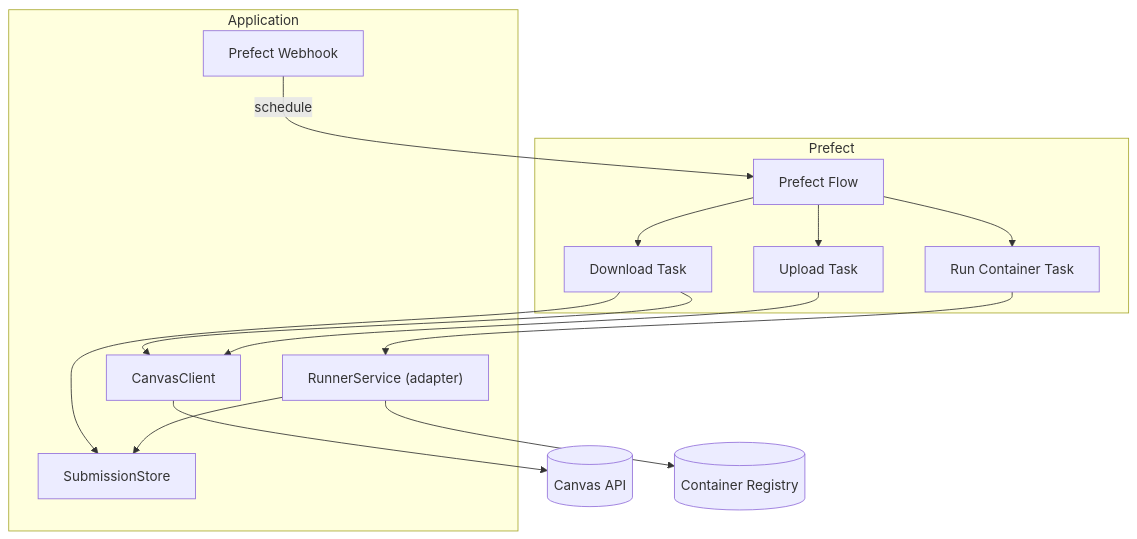
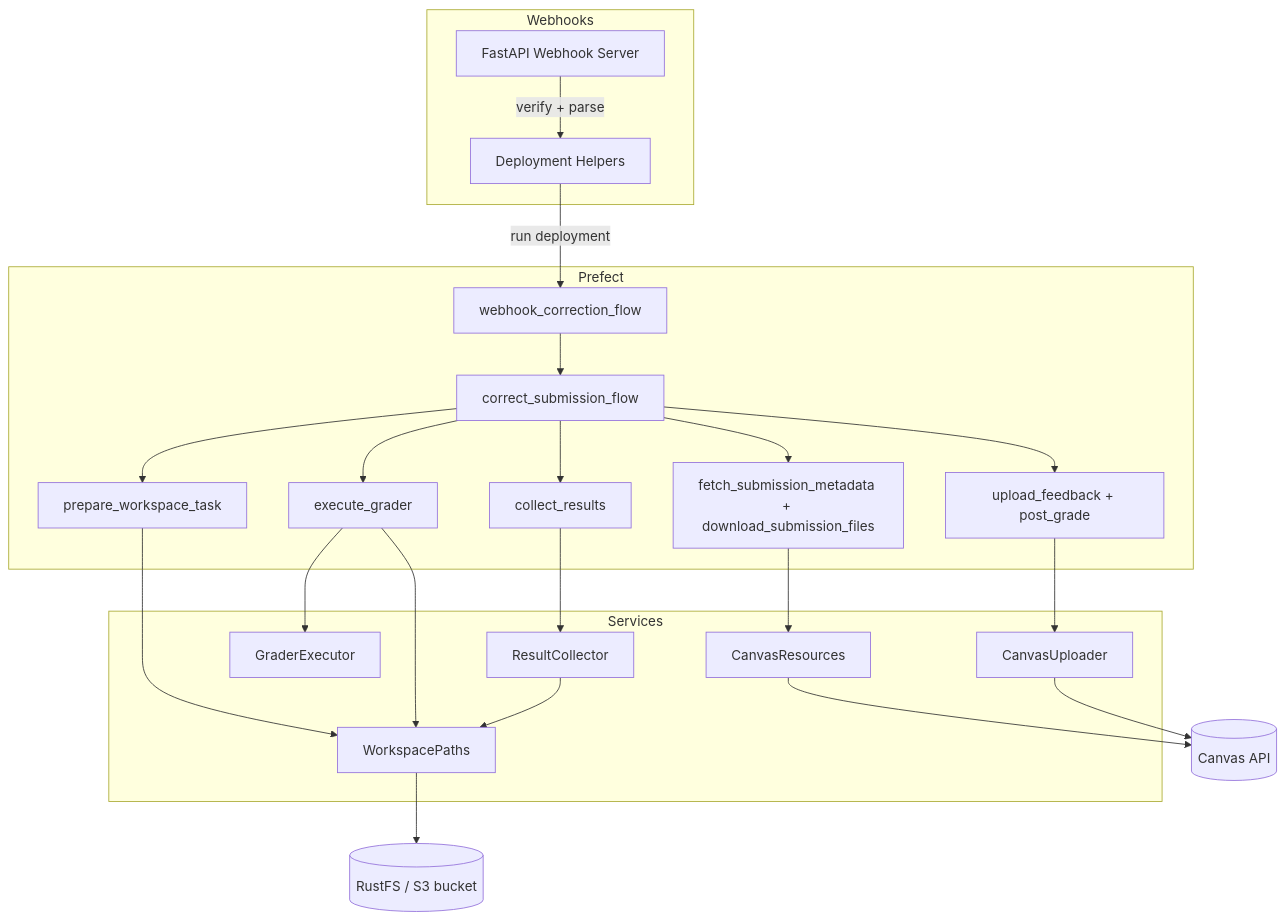
One commit to jakob1379/Canvas-Code-Correction changed the second of 2 diagrams in docs/reference/01-architecture.md. Above: the diagram before and after it, drawn with Mermaid. The commit also changed other lines of this file and 1 other file, not shown here.

Commit message:
docs: correct architecture reference and tame course setup note

````diff
--- a/docs/reference/01-architecture.md
+++ b/docs/reference/01-architecture.md
@@ -119,31 +126,48 @@
 ```mermaid
 graph TD
-  subgraph Prefect
-    F1[Prefect Flow]
-    T1[Download Task]
-    T2[Run Container Task]
-    T3[Upload Task]
-    F1 --> T1
-    F1 --> T2
-    F1 --> T3
+  Canvas[(Canvas API)]
+  Assets[(RustFS / S3 bucket)]
+
+  subgraph Webhooks
+    FastAPI[FastAPI Webhook Server]
+    Deployments[Deployment Helpers]
   end
 
-  subgraph Application
-    C1[CanvasClient]
-    R1["RunnerService (adapter)"]
-    S1[SubmissionStore]
-    W1[Prefect Webhook]
+  subgraph Prefect
+    WebhookFlow[webhook_correction_flow]
+    CorrectionFlow[correct_submission_flow]
+    FetchTask[fetch_submission_metadata + download_submission_files]
+    WorkspaceTask[prepare_workspace_task]
+    ExecuteTask[execute_grader]
+    CollectTask[collect_results]
+    UploadTask[upload_feedback + post_grade]
   end
 
-  Canvas[(Canvas API)]
-  Registry[(Container Registry)]
+  subgraph Services
+    CanvasResources[CanvasResources]
+    Workspace[WorkspacePaths]
+    Runner[GraderExecutor]
+    Collector[ResultCollector]
+    Uploader[CanvasUploader]
+  end
 
-  W1 -->|schedule| F1
-  T1 --> C1
-  T1 --> S1
-  T2 --> R1
-  R1 --> Registry
-  R1 --> S1
-  T3 --> C1
-  C1 --> Canvas
+  FastAPI -->|verify + parse| Deployments
+  Deployments -->|run deployment| WebhookFlow
+  WebhookFlow --> CorrectionFlow
+  CorrectionFlow --> FetchTask
+  CorrectionFlow --> WorkspaceTask
+  CorrectionFlow --> ExecuteTask
+  CorrectionFlow --> CollectTask
+  CorrectionFlow --> UploadTask
+
+  FetchTask --> CanvasResources
+  CanvasResources --> Canvas
+  WorkspaceTask --> Workspace
+  Workspace --> Assets
+  ExecuteTask --> Runner
+  ExecuteTask --> Workspace
+  CollectTask --> Collector
+  Collector --> Workspace
+  UploadTask --> Uploader
+  Uploader --> Canvas
 ```
````
